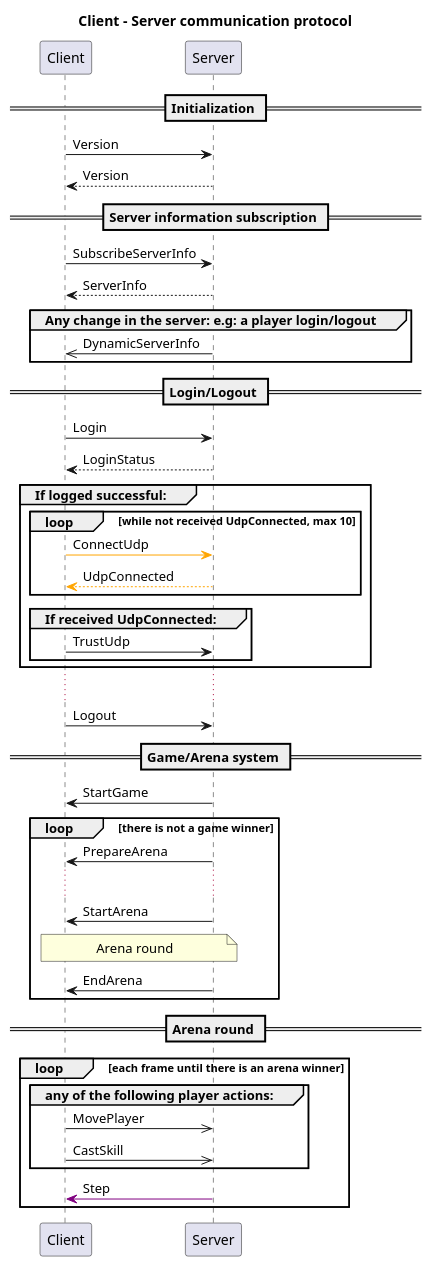
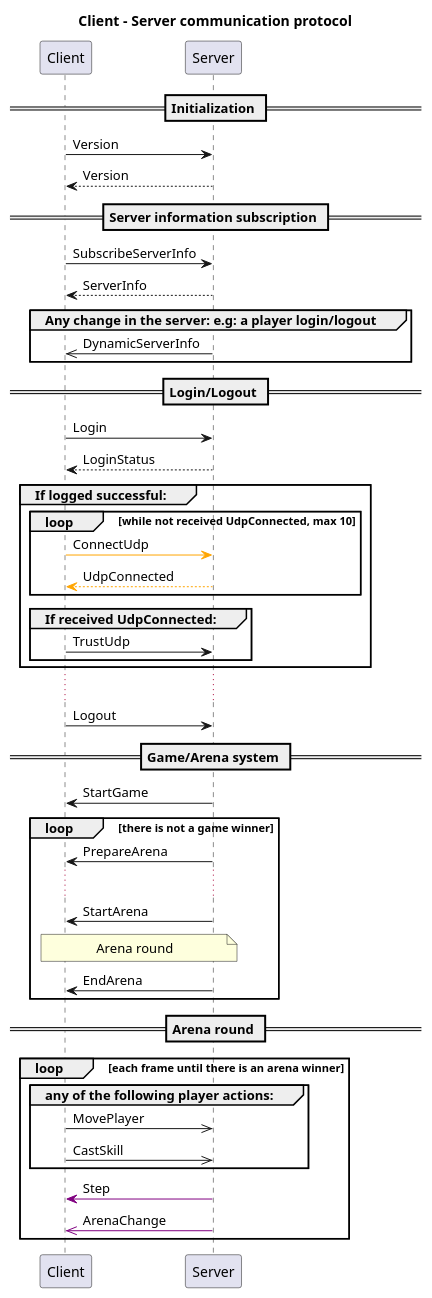
Before and after one commit to lemunozm/asciiarena: the diagram in docs/design/diagrams/messages.puml, drawn with PlantUML. The commit also changed 2 other files, not shown here.

```diff
--- a/docs/design/diagrams/messages.puml
+++ b/docs/design/diagrams/messages.puml
@@ -1,59 +1,60 @@
 @startuml
 
 ' Orange color represents an UDP message
 ' Purple color represents a prefered UDP message
 ' Default color represents TCP message
 
 title Client - Server communication protocol
 
 participant Client
 participant Server
 
 == Initialization ==
 Client -> Server : Version
 Client <-- Server : Version
 
 == Server information subscription ==
 Client -> Server : SubscribeServerInfo
 Client <-- Server : ServerInfo
 group Any change in the server: e.g: a player login/logout
     Client <<- Server : DynamicServerInfo
 end
 
 == Login/Logout ==
 Client -> Server : Login
 Client <-- Server : LoginStatus
 group If logged successful:
     loop while not received UdpConnected, max 10
         Client -[#orange]> Server : ConnectUdp
         Client <[#orange]-- Server : UdpConnected
     end
     group If received UdpConnected:
         Client -> Server : TrustUdp
     end
 end
 ...
 Client -> Server : Logout
 
 == Game/Arena system ==
 Client <- Server : StartGame
 loop there is not a game winner
     Client <- Server : PrepareArena
     ...
     Client <- Server : StartArena
     note over Client, Server
        Arena round
     end note
     Client <- Server : EndArena
 end
 
 == Arena round ==
 loop each frame until there is an arena winner
     group any of the following player actions:
         Client ->> Server : MovePlayer
         Client ->> Server : CastSkill
     end
     Client <[#purple]- Server : Step
+    Client <<[#purple]- Server : ArenaChange
 end
 
 @enduml
```
